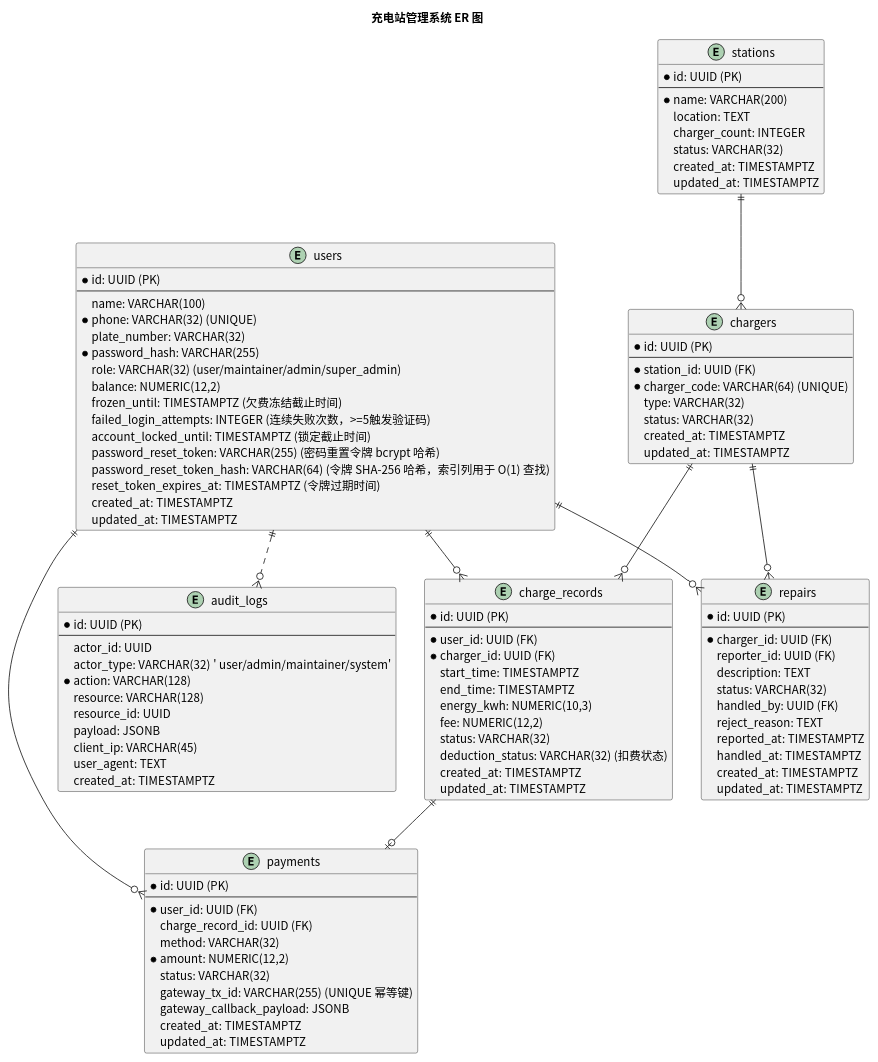
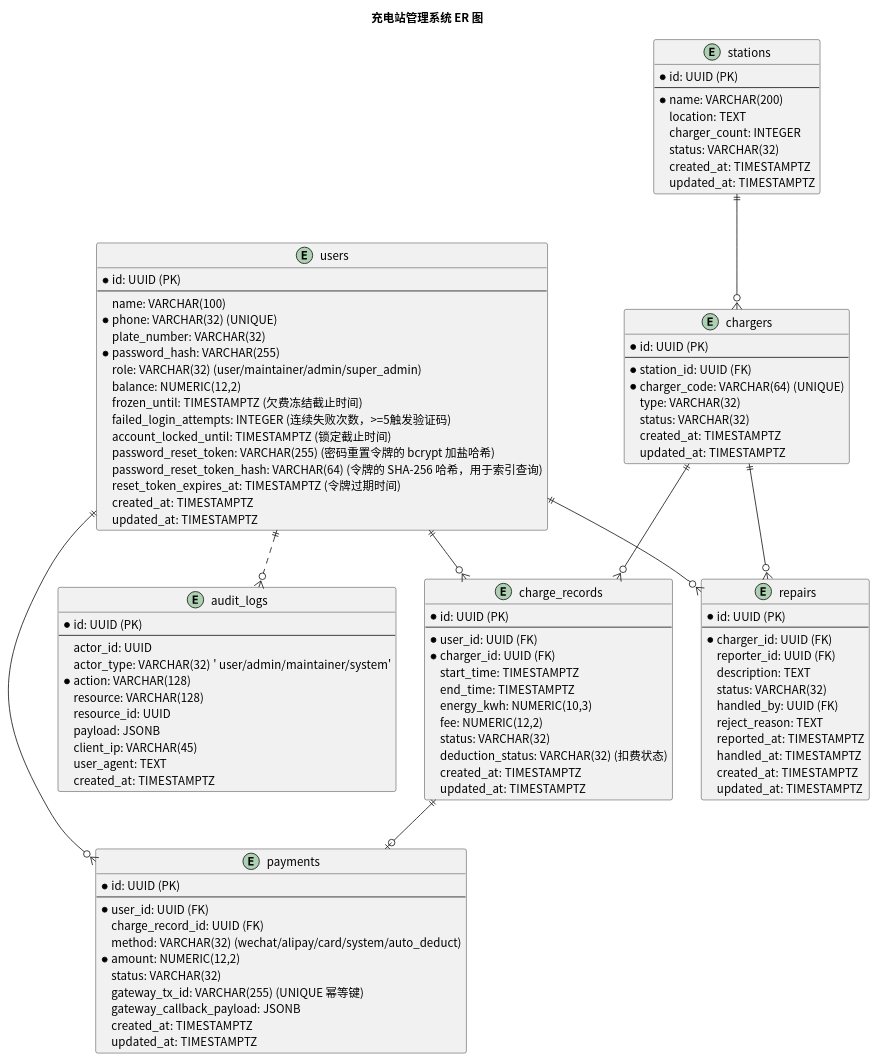
The diagram in usecase/docs/database/src/er_diagram.puml (greenhandzdl/charging-station-doc), drawn with PlantUML before and after one commit. The commit also changed 24 other files, not shown here.

```diff
--- a/usecase/docs/database/src/er_diagram.puml
+++ b/usecase/docs/database/src/er_diagram.puml
@@ -1,113 +1,113 @@
 @startuml
 skinparam defaultFontName "Noto Sans CJK SC"
 skinparam defaultFontSize 14
 title 充电站管理系统 ER 图
 
 entity users {
   *id: UUID (PK)
   --
   name: VARCHAR(100)
   *phone: VARCHAR(32) (UNIQUE)
   plate_number: VARCHAR(32)
   *password_hash: VARCHAR(255)
   role: VARCHAR(32) (user/maintainer/admin/super_admin)
   balance: NUMERIC(12,2)
   frozen_until: TIMESTAMPTZ (欠费冻结截止时间)
   failed_login_attempts: INTEGER (连续失败次数，>=5触发验证码)
   account_locked_until: TIMESTAMPTZ (锁定截止时间)
-  password_reset_token: VARCHAR(255) (密码重置令牌 bcrypt 哈希)
-  password_reset_token_hash: VARCHAR(64) (令牌 SHA-256 哈希，索引列用于 O(1) 查找)
+  password_reset_token: VARCHAR(255) (密码重置令牌的 bcrypt 加盐哈希)
+  password_reset_token_hash: VARCHAR(64) (令牌的 SHA-256 哈希，用于索引查询)
   reset_token_expires_at: TIMESTAMPTZ (令牌过期时间)
   created_at: TIMESTAMPTZ
   updated_at: TIMESTAMPTZ
 }
 
 entity stations {
   *id: UUID (PK)
   --
   *name: VARCHAR(200)
   location: TEXT
   charger_count: INTEGER
   status: VARCHAR(32)
   created_at: TIMESTAMPTZ
   updated_at: TIMESTAMPTZ
 }
 
 entity chargers {
   *id: UUID (PK)
   --
   *station_id: UUID (FK)
   *charger_code: VARCHAR(64) (UNIQUE)
   type: VARCHAR(32)
   status: VARCHAR(32)
   created_at: TIMESTAMPTZ
   updated_at: TIMESTAMPTZ
 }
 
 entity charge_records {
   *id: UUID (PK)
   --
   *user_id: UUID (FK)
   *charger_id: UUID (FK)
   start_time: TIMESTAMPTZ
   end_time: TIMESTAMPTZ
   energy_kwh: NUMERIC(10,3)
   fee: NUMERIC(12,2)
   status: VARCHAR(32)
   deduction_status: VARCHAR(32) (扣费状态)
   created_at: TIMESTAMPTZ
   updated_at: TIMESTAMPTZ
 }
 
 entity payments {
   *id: UUID (PK)
   --
   *user_id: UUID (FK)
   charge_record_id: UUID (FK)
-  method: VARCHAR(32)
+  method: VARCHAR(32) (wechat/alipay/card/system/auto_deduct)
   *amount: NUMERIC(12,2)
   status: VARCHAR(32)
   gateway_tx_id: VARCHAR(255) (UNIQUE 幂等键)
   gateway_callback_payload: JSONB
   created_at: TIMESTAMPTZ
   updated_at: TIMESTAMPTZ
 }
 
 entity repairs {
   *id: UUID (PK)
   --
   *charger_id: UUID (FK)
   reporter_id: UUID (FK)
   description: TEXT
   status: VARCHAR(32)
   handled_by: UUID (FK)
   reject_reason: TEXT
   reported_at: TIMESTAMPTZ
   handled_at: TIMESTAMPTZ
   created_at: TIMESTAMPTZ
   updated_at: TIMESTAMPTZ
 }
 
 entity audit_logs {
   *id: UUID (PK)
   --
   actor_id: UUID
   actor_type: VARCHAR(32)  ' user/admin/maintainer/system'
   *action: VARCHAR(128)
   resource: VARCHAR(128)
   resource_id: UUID
   payload: JSONB
   client_ip: VARCHAR(45)
   user_agent: TEXT
   created_at: TIMESTAMPTZ
 }
 
 stations ||--o{ chargers
 users ||--o{ charge_records
 chargers ||--o{ charge_records
 users ||--o{ payments
 charge_records ||--o| payments
 users ||--o{ repairs
 chargers ||--o{ repairs
 users ||..o{ audit_logs
 @enduml
```
